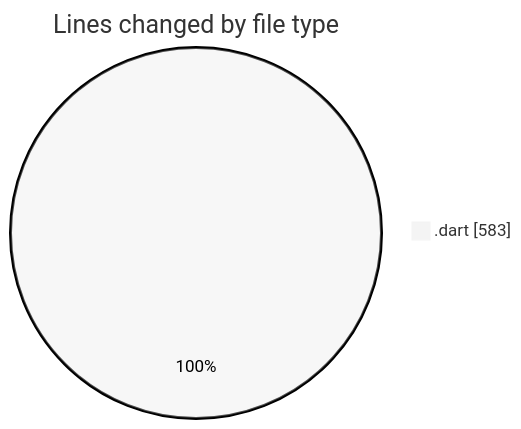
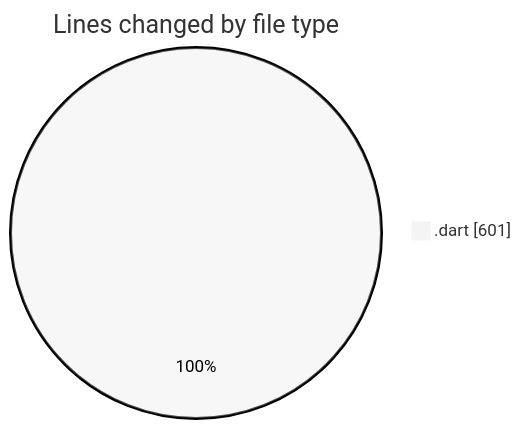
One commit to donsfak/code-tracking changed the first of 2 diagrams in 2025-03-25/wordle/README.md. Above: the diagram before and after it, drawn with Mermaid (neutral theme). The commit also changed other lines of this file and 1 other file, not shown here.

````diff
--- a/2025-03-25/wordle/README.md
+++ b/2025-03-25/wordle/README.md
@@ -28,5 +28,5 @@
 ```mermaid
 pie showData
 title Lines changed by file type
-".dart" : 583
+".dart" : 601
 ```
````
